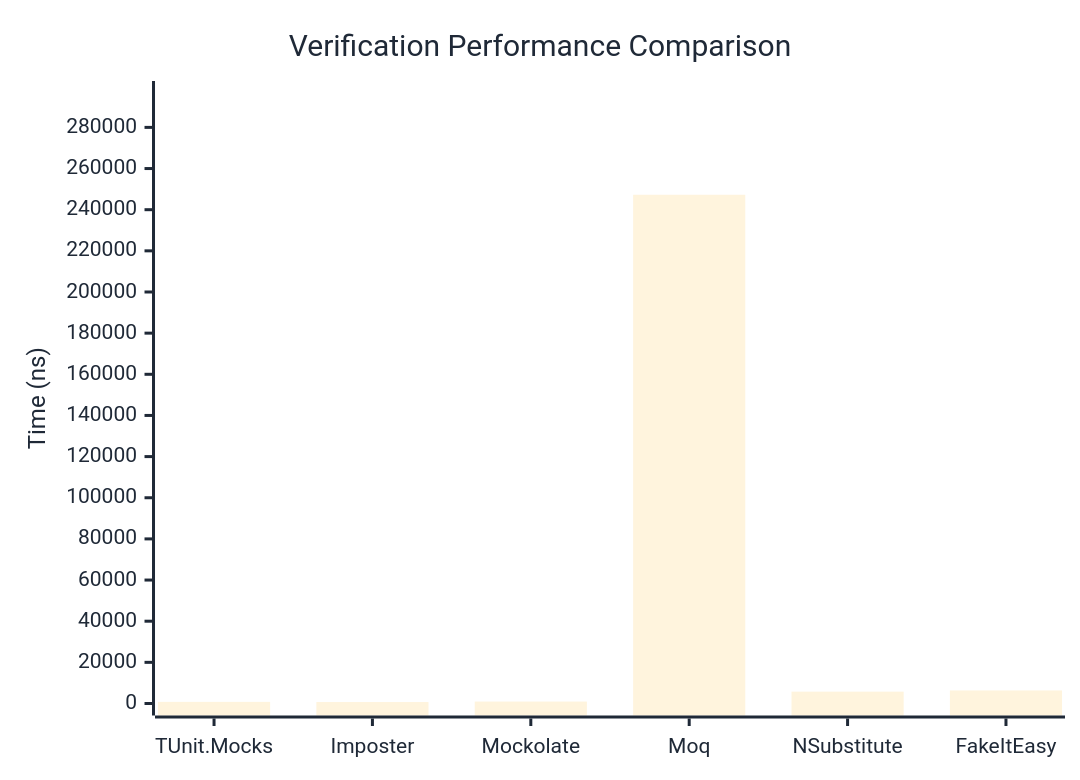
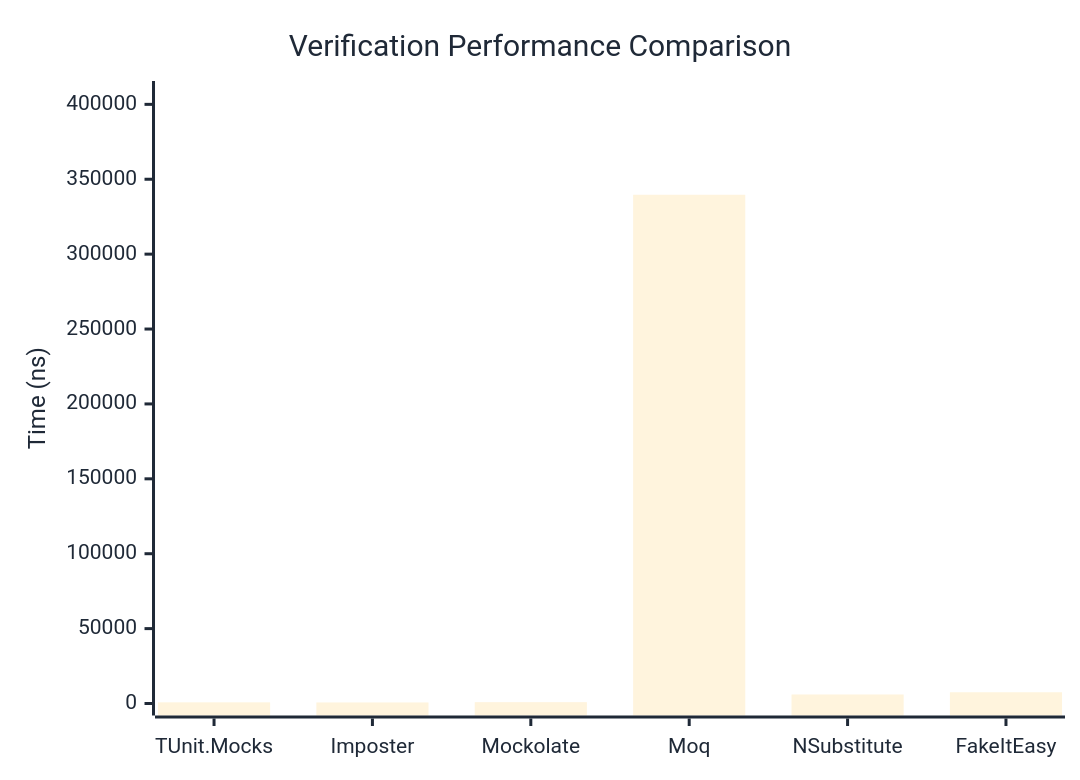
Before and after one commit to thomhurst/TUnit: the first of 3 diagrams in docs/docs/benchmarks/mocks/Verification.md, drawn with Mermaid. The commit also changed other lines of this file and 14 other files, not shown here.

````diff
--- a/docs/docs/benchmarks/mocks/Verification.md
+++ b/docs/docs/benchmarks/mocks/Verification.md
@@ -28,27 +28,27 @@
 ```mermaid
 %%{init: {
   'theme':'base',
   'themeVariables': {
     'primaryColor': '#2563eb',
     'primaryTextColor': '#1f2937',
     'primaryBorderColor': '#1e40af',
     'lineColor': '#6b7280',
     'secondaryColor': '#7c3aed',
     'tertiaryColor': '#dc2626',
     'background': '#ffffff',
     'pie1': '#2563eb',
     'pie2': '#7c3aed',
     'pie3': '#dc2626',
     'pie4': '#f59e0b',
     'pie5': '#10b981',
     'pie6': '#06b6d4',
     'pie7': '#ec4899',
     'pie8': '#6366f1'
   }
 }}%%
 xychart-beta
   title "Verification Performance Comparison"
   x-axis ["TUnit.Mocks", "Imposter", "Mockolate", "Moq", "NSubstitute", "FakeItEasy"]
-  y-axis "Time (ns)" 0 --> 296714
-  bar [783.75, 705.73, 946.62, 247261.4, 5765.54, 6349.67]
+  y-axis "Time (ns)" 0 --> 407581
+  bar [775.13, 707.41, 895.63, 339650.33, 6015.25, 7508.41]
 ```
````
